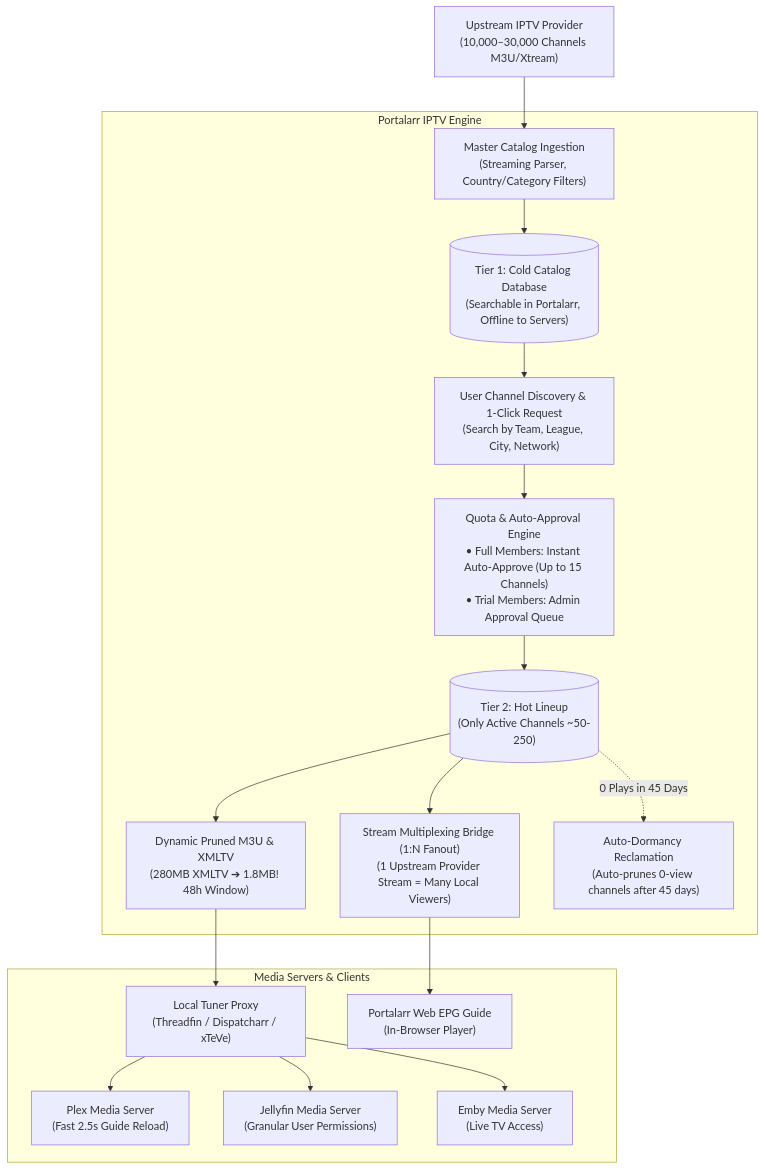
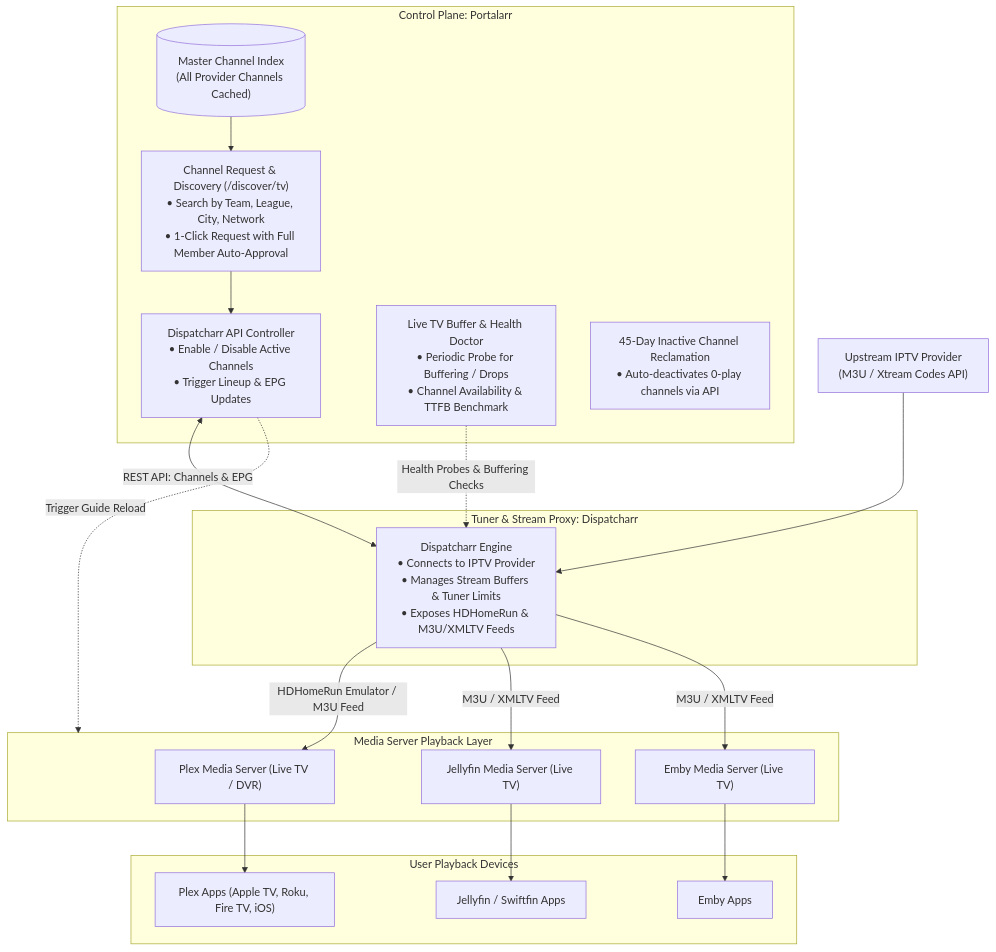
The first of 2 diagrams in docs/IPTV_ON_DEMAND_ARCHITECTURE.md (plexd281knilb/portalarr), drawn with Mermaid before and after one commit. The commit also changed other lines of this file and 4 other files, not shown here.

Commit message:
[v1.3.9] feat(iptv): refine dispatcharr integration and live tv buffer diagnostics in architecture spec

````diff
--- a/docs/IPTV_ON_DEMAND_ARCHITECTURE.md
+++ b/docs/IPTV_ON_DEMAND_ARCHITECTURE.md
@@ -19,35 +12,42 @@
 ```mermaid
 flowchart TD
-    Provider["Upstream IPTV Provider\n(10,000–30,000 Channels M3U/Xtream)"]
+    Upstream["Upstream IPTV Provider\n(M3U / Xtream Codes API)"]
     
-    subgraph PortalarrHub ["Portalarr IPTV Engine"]
-        Ingest["Master Catalog Ingestion\n(Streaming Parser, Country/Category Filters)"]
-        ColdDB[("Tier 1: Cold Catalog Database\n(Searchable in Portalarr, Offline to Servers)")]
-        
-        Search["User Channel Discovery & 1-Click Request\n(Search by Team, League, City, Network)"]
-        Policy["Quota & Auto-Approval Engine\n• Full Members: Instant Auto-Approve (Up to 15 Channels)\n• Trial Members: Admin Approval Queue"]
-        
-        HotDB[("Tier 2: Hot Lineup\n(Only Active Channels ~50-250)")]
-        VirtualFeed["Dynamic Pruned M3U & XMLTV\n(280MB XMLTV ➔ 1.8MB! 48h Window)"]
-        StreamBridge["Stream Multiplexing Bridge (1:N Fanout)\n(1 Upstream Provider Stream = Many Local Viewers)"]
-        Prune["Auto-Dormancy Reclamation\n(Auto-prunes 0-view channels after 45 days)"]
+    subgraph TunerEngine ["Tuner & Stream Proxy: Dispatcharr"]
+        Dispatcharr["Dispatcharr Engine\n• Connects to IPTV Provider\n• Manages Stream Buffers & Tuner Limits\n• Exposes HDHomeRun & M3U/XMLTV Feeds"]
     end
     
-    subgraph Servers ["Media Servers & Clients"]
-        Tuner["Local Tuner Proxy\n(Threadfin / Dispatcharr / xTeVe)"]
-        Plex["Plex Media Server\n(Fast 2.5s Guide Reload)"]
-        Jellyfin["Jellyfin Media Server\n(Granular User Permissions)"]
-        Emby["Emby Media Server\n(Live TV Access)"]
-        WebGuide["Portalarr Web EPG Guide\n(In-Browser Player)"]
+    subgraph ControlPlane ["Control Plane: Portalarr"]
+        Catalog[("Master Channel Index\n(All Provider Channels Cached)")]
+        Discovery["Channel Request & Discovery (/discover/tv)\n• Search by Team, League, City, Network\n• 1-Click Request with Full Member Auto-Approval"]
+        Bridge["Dispatcharr API Controller\n• Enable / Disable Active Channels\n• Trigger Lineup & EPG Updates"]
+        Doctor["Live TV Buffer & Health Doctor\n• Periodic Probe for Buffering / Drops\n• Channel Availability & TTFB Benchmark"]
+        Pruner["45-Day Inactive Channel Reclamation\n• Auto-deactivates 0-play channels via API"]
+    end
+    
+    subgraph MediaServers ["Media Server Playback Layer"]
+        Plex["Plex Media Server (Live TV / DVR)"]
+        Jellyfin["Jellyfin Media Server (Live TV)"]
+        Emby["Emby Media Server (Live TV)"]
+    end
+    
+    subgraph ClientApps ["User Playback Devices"]
+        PlexApps["Plex Apps (Apple TV, Roku, Fire TV, iOS)"]
+        JellyfinApps["Jellyfin / Swiftfin Apps"]
+        EmbyApps["Emby Apps"]
     end
 
-    Provider --> Ingest --> ColdDB
-    ColdDB --> Search --> Policy --> HotDB
-    HotDB --> VirtualFeed --> Tuner
-    HotDB --> StreamBridge
-    Tuner --> Plex
-    Tuner --> Jellyfin
-    Tuner --> Emby
-    StreamBridge --> WebGuide
-    HotDB -.->|0 Plays in 45 Days| Prune
+    Upstream --> Dispatcharr
+    Catalog --> Discovery --> Bridge
+    Bridge <-->|REST API: Channels & EPG| Dispatcharr
+    Bridge -.->|Trigger Guide Reload| MediaServers
+    Doctor -.->|Health Probes & Buffering Checks| Dispatcharr
+    
+    Dispatcharr -->|HDHomeRun Emulator / M3U Feed| Plex
+    Dispatcharr -->|M3U / XMLTV Feed| Jellyfin
+    Dispatcharr -->|M3U / XMLTV Feed| Emby
+    
+    Plex --> PlexApps
+    Jellyfin --> JellyfinApps
+    Emby --> EmbyApps
 ```
````
